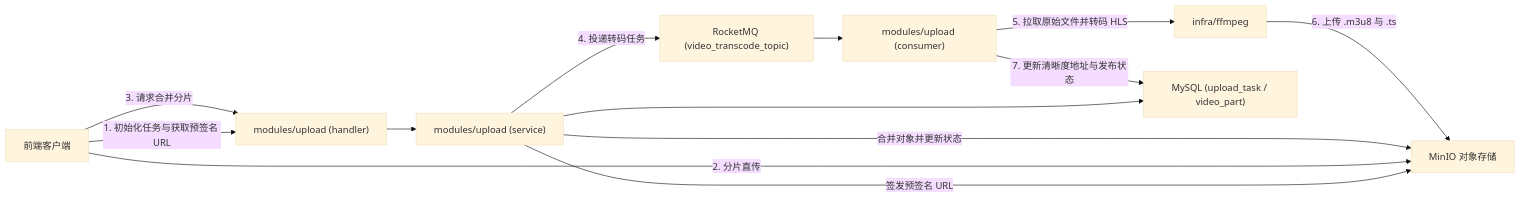
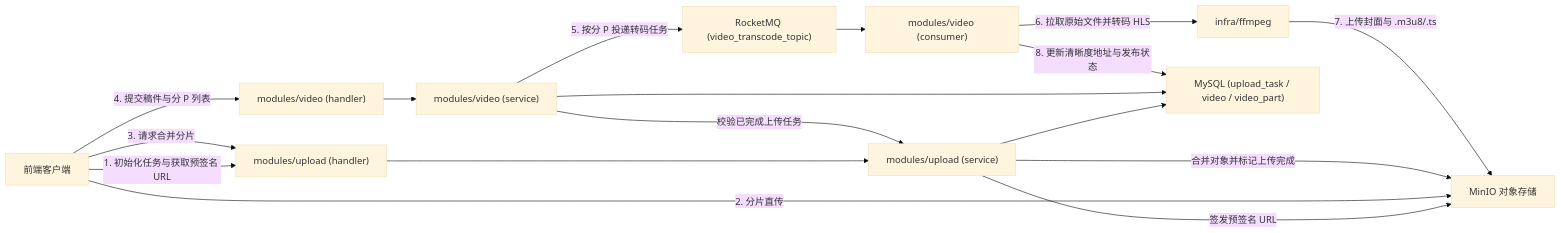
One commit to c926694/simple_bilibili changed the second of 3 diagrams in docs/backend-architecture.md. Above: the diagram before and after it, drawn with Mermaid (base theme). The commit also changed other lines of this file and 64 other files, not shown here.

Commit message:
实现视频稿件模块、同进程 FFmpeg 转码与前端 HLS 播放链路

````diff
--- a/docs/backend-architecture.md
+++ b/docs/backend-architecture.md
@@ -143,24 +142,30 @@
 ```mermaid
 flowchart LR
     Web["前端客户端"]
     UploadH["modules/upload (handler)"]
     UploadS["modules/upload (service)"]
+    VideoH["modules/video (handler)"]
+    VideoS["modules/video (service)"]
     MinIO["MinIO 对象存储"]
     MQ["RocketMQ (video_transcode_topic)"]
-    UploadC["modules/upload (consumer)"]
+    VideoC["modules/video (consumer)"]
     FFmpeg["infra/ffmpeg"]
-    MySQL["MySQL (upload_task / video_part)"]
+    MySQL["MySQL (upload_task / video / video_part)"]
 
     Web -- "1. 初始化任务与获取预签名 URL" --> UploadH
     UploadH --> UploadS
     UploadS --> MySQL
     UploadS -- "签发预签名 URL" --> MinIO
     Web -- "2. 分片直传" --> MinIO
     Web -- "3. 请求合并分片" --> UploadH
-    UploadS -- "合并对象并更新状态" --> MinIO
-    UploadS -- "4. 投递转码任务" --> MQ
-    MQ --> UploadC
-    UploadC -- "5. 拉取原始文件并转码 HLS" --> FFmpeg
-    FFmpeg -- "6. 上传 .m3u8 与 .ts" --> MinIO
-    UploadC -- "7. 更新清晰度地址与发布状态" --> MySQL
+    UploadS -- "合并对象并标记上传完成" --> MinIO
+    Web -- "4. 提交稿件与分 P 列表" --> VideoH
+    VideoH --> VideoS
+    VideoS -- "校验已完成上传任务" --> UploadS
+    VideoS --> MySQL
+    VideoS -- "5. 按分 P 投递转码任务" --> MQ
+    MQ --> VideoC
+    VideoC -- "6. 拉取原始文件并转码 HLS" --> FFmpeg
+    FFmpeg -- "7. 上传封面与 .m3u8/.ts" --> MinIO
+    VideoC -- "8. 更新清晰度地址与发布状态" --> MySQL
 ```
````
